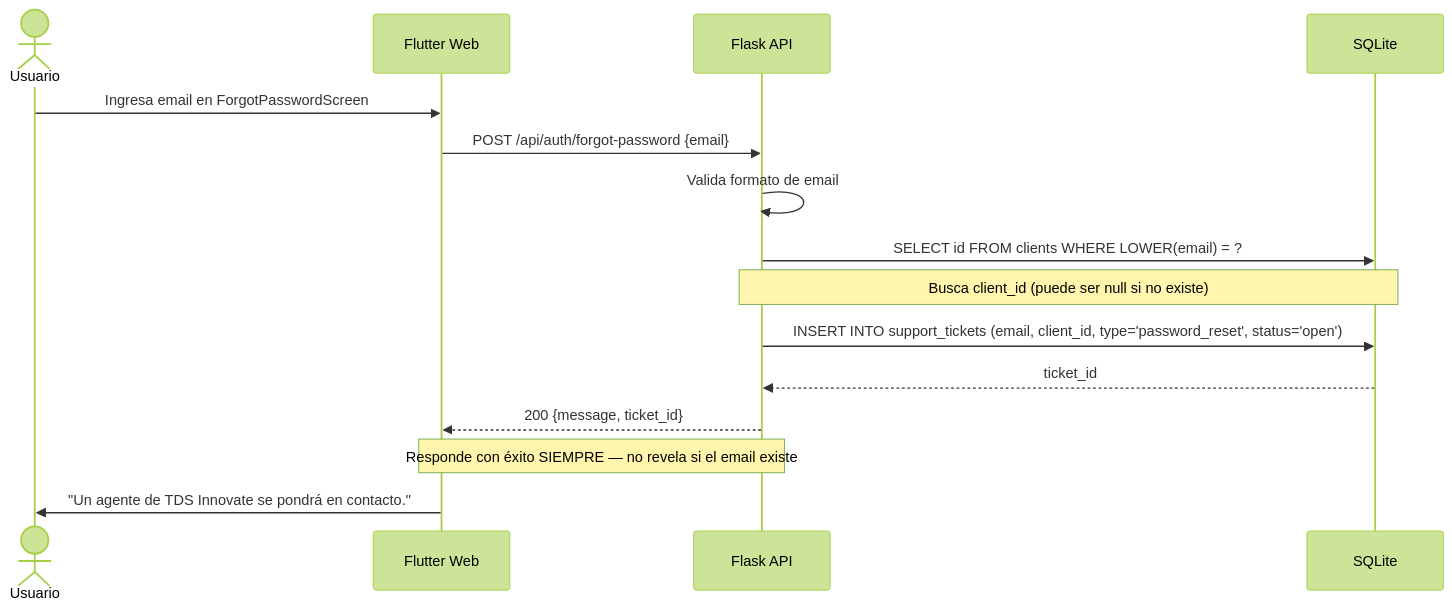
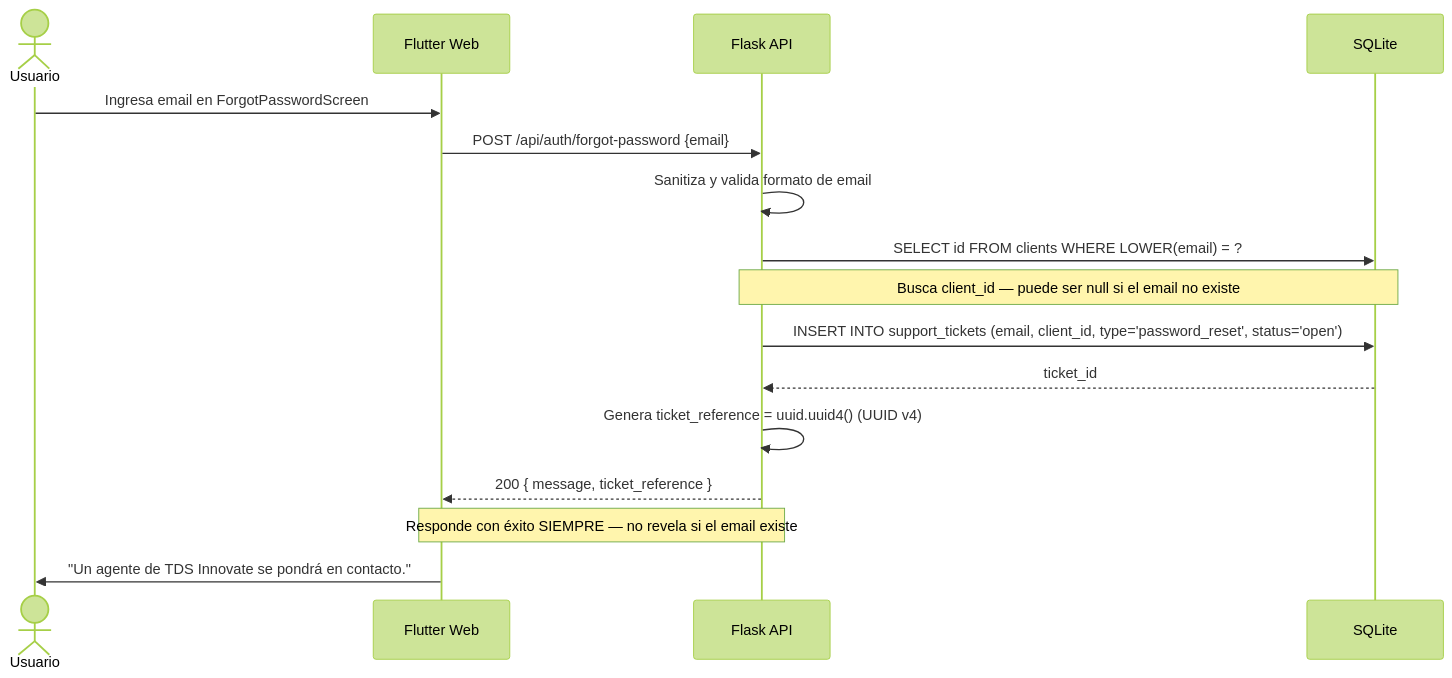
One commit to danielmunozus/tds-sentinel-mvp changed the fifth of 6 diagrams in docs/flows/risk-evaluation-flow.md. Above: the diagram before and after it, drawn with Mermaid (forest theme). The commit also changed other lines of this file and 18 other files, not shown here.

````diff
--- a/docs/flows/risk-evaluation-flow.md
+++ b/docs/flows/risk-evaluation-flow.md
@@ -92,21 +151,22 @@
 ```mermaid
 sequenceDiagram
     actor U as Usuario
     participant F as Flutter Web
     participant A as Flask API
     participant D as SQLite
 
     U->>F: Ingresa email en ForgotPasswordScreen
     F->>A: POST /api/auth/forgot-password {email}
 
-    A->>A: Valida formato de email
+    A->>A: Sanitiza y valida formato de email
     A->>D: SELECT id FROM clients WHERE LOWER(email) = ?
-    Note over A,D: Busca client_id (puede ser null si no existe)
+    Note over A,D: Busca client_id — puede ser null si el email no existe
 
     A->>D: INSERT INTO support_tickets (email, client_id, type='password_reset', status='open')
     D-->>A: ticket_id
 
-    A-->>F: 200 {message, ticket_id}
+    A->>A: Genera ticket_reference = uuid.uuid4() (UUID v4)
+    A-->>F: 200 { message, ticket_reference }
     Note over A,F: Responde con éxito SIEMPRE — no revela si el email existe
     F->>U: "Un agente de TDS Innovate se pondrá en contacto."
 ```
````
